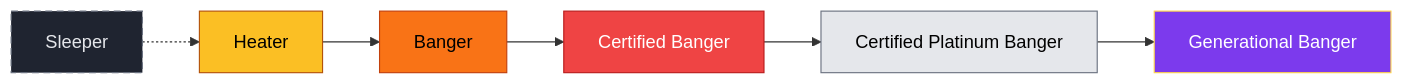
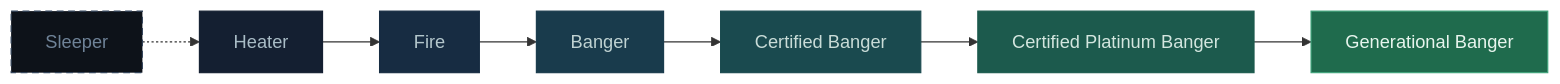
Before and after one commit to jakehulberg/music-rating-scale: the diagram in README.md, drawn with Mermaid. The commit also changed other lines of this file and 1 other file, not shown here.

Commit message:
Simplify SVG to a pyramid; add Fire between Heater and Banger

````diff
--- a/README.md
+++ b/README.md
@@ -68,11 +71,12 @@
 ```mermaid
 flowchart LR
-    S[Sleeper] -.-> H[Heater] --> B[Banger] --> CB[Certified Banger] --> CP[Certified Platinum Banger] --> GB[Generational Banger]
+    S[Sleeper] -.-> H[Heater] --> F[Fire] --> B[Banger] --> CB[Certified Banger] --> CP[Certified Platinum Banger] --> GB[Generational Banger]
 
-    style S  fill:#1f2430,stroke:#6b7280,stroke-dasharray:6 4,color:#e5e7eb
-    style H  fill:#fbbf24,stroke:#b45309,color:#000
-    style B  fill:#f97316,stroke:#c2410c,color:#000
-    style CB fill:#ef4444,stroke:#b91c1c,color:#fff
-    style CP fill:#e5e7eb,stroke:#6b7280,color:#000
-    style GB fill:#7c3aed,stroke:#fcd34d,color:#fff
+    style S  fill:#0d1219,stroke:#33445a,stroke-dasharray:6 4,color:#6f8398
+    style H  fill:#141f31,stroke:#141f31,color:#a9bcc6
+    style F  fill:#172c42,stroke:#172c42,color:#b4c7cc
+    style B  fill:#193b4c,stroke:#193b4c,color:#bfd2d2
+    style CB fill:#1a4a4f,stroke:#1a4a4f,color:#c9dcd8
+    style CP fill:#1c5a4d,stroke:#1c5a4d,color:#d3e6df
+    style GB fill:#1f6b4d,stroke:#3fa37a,color:#e8f5ee
 ```
````
